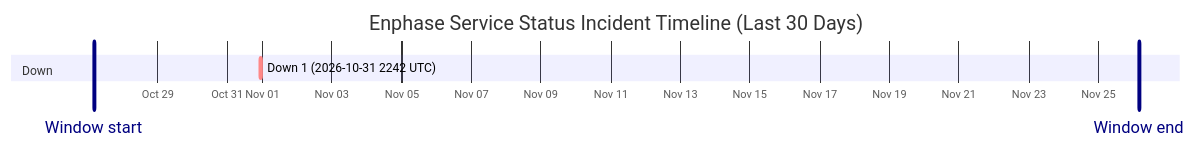
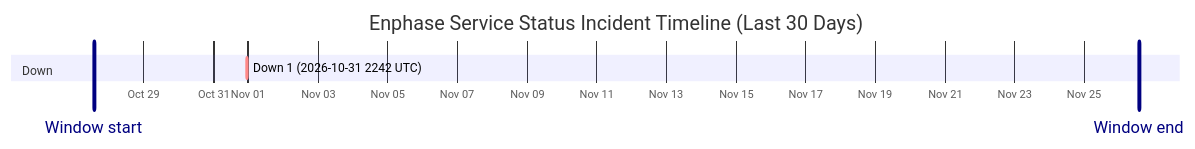
Before and after one commit to barneyonline/ha-enphase-energy: the diagram in wiki/Service-Status-History.md, drawn with Mermaid. The commit also changed other lines of this file and 3 other files, not shown here.

````diff
--- a/wiki/Service-Status-History.md
+++ b/wiki/Service-Status-History.md
@@ -14,10 +14,10 @@
 ```mermaid
 gantt
     title Enphase Service Status Incident Timeline (Last 30 Days)
     dateFormat  YYYY-MM-DDTHH:mm:ss
     axisFormat  %b %d
-    Window start :vert, window-start, 2026-10-27T03:56:54, 0ms
-    Window end :vert, window-end, 2026-11-26T03:56:54, 0ms
+    Window start :vert, window-start, 2026-10-27T13:39:06, 0ms
+    Window end :vert, window-end, 2026-11-26T13:39:06, 0ms
     section Down
     Down 1 (2026-10-31 2242 UTC) :crit, down-1, 2026-10-31T22:42:18, 60m
 ```
````
